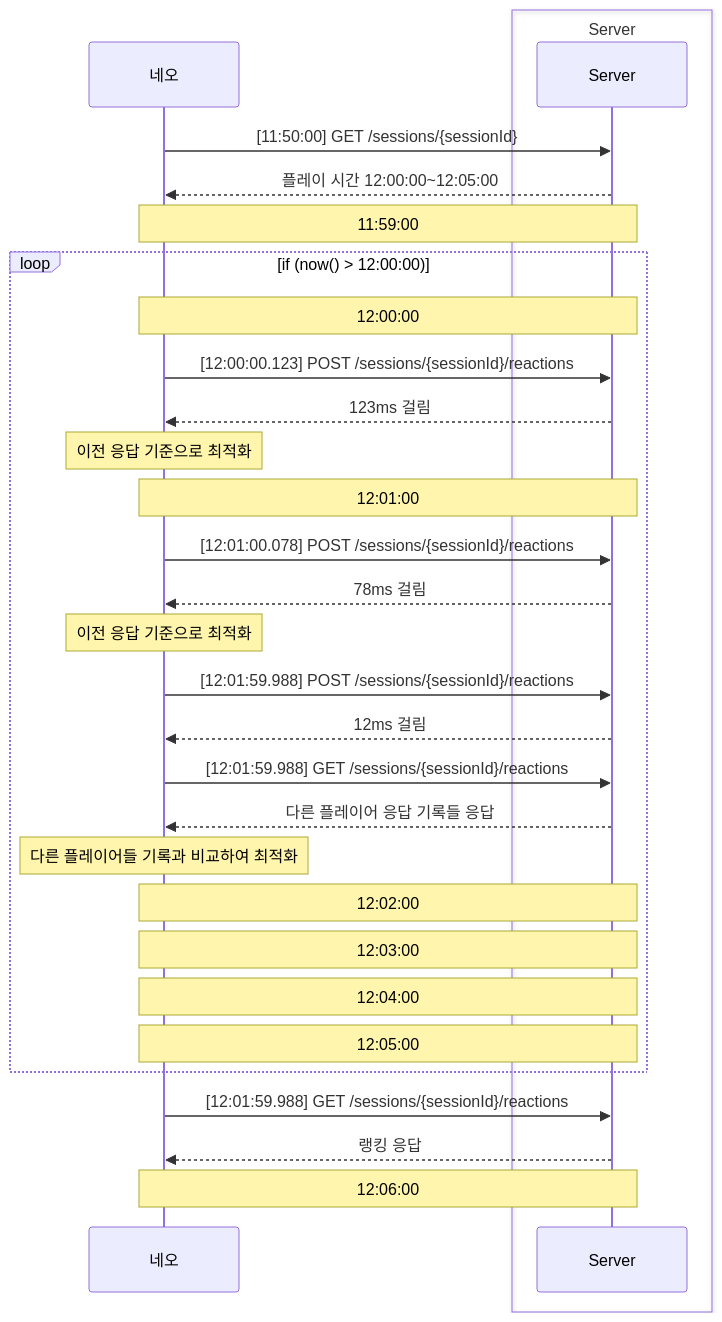
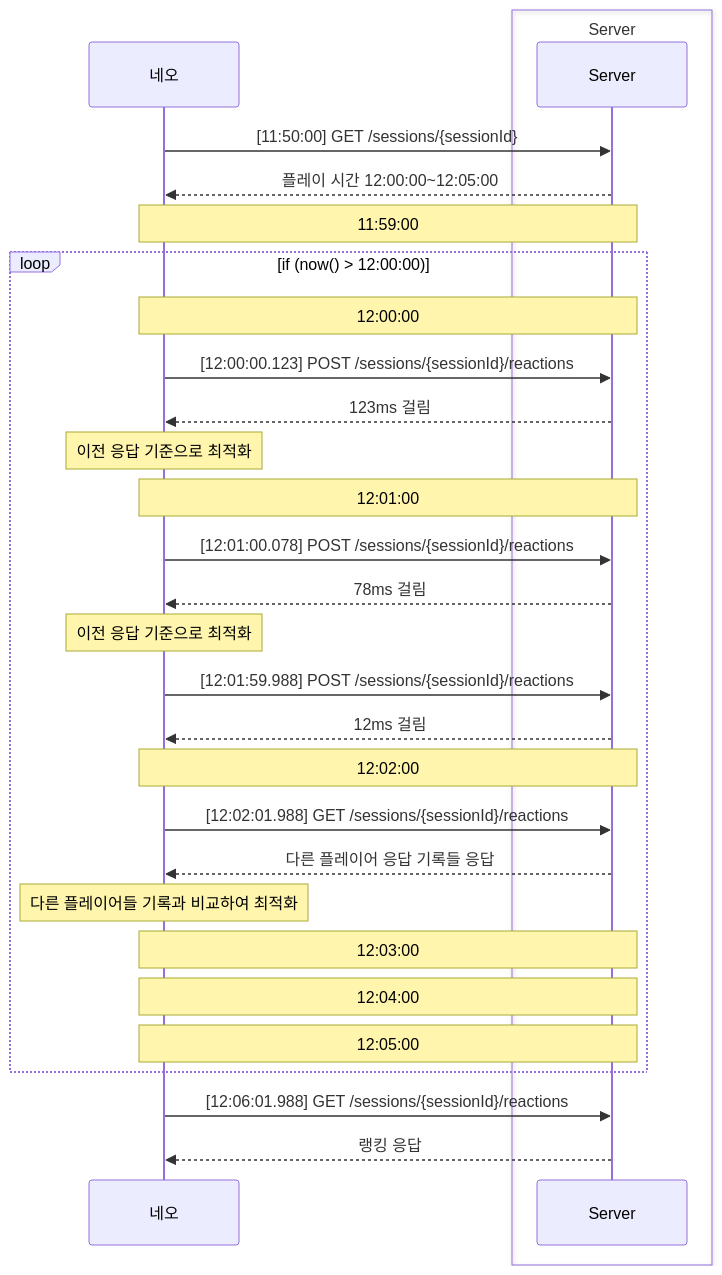
One commit to jaeyeonling/reaction-game changed the second of 2 diagrams in README.md. Above: the diagram before and after it, drawn with Mermaid.

Commit message:
fix document

````diff
--- a/README.md
+++ b/README.md
@@ -101,50 +101,48 @@
 ```mermaid
 sequenceDiagram
     participant 네오
     box Server
     participant Server
     end
 
     네오->>Server: [11:50:00] GET /sessions/{sessionId}
     Server-->>네오: 플레이 시간 12:00:00~12:05:00
 
     note over 네오,Server: 11:59:00
 
     loop if (now() > 12:00:00)
 
         note over 네오,Server: 12:00:00
         
         네오->>Server: [12:00:00.123] POST /sessions/{sessionId}/reactions
         Server-->>네오: 123ms 걸림
 
         note over 네오: 이전 응답 기준으로 최적화
 
         note over 네오,Server: 12:01:00
 
         네오->>Server: [12:01:00.078] POST /sessions/{sessionId}/reactions
         Server-->>네오: 78ms 걸림
 
         note over 네오: 이전 응답 기준으로 최적화
 
         네오->>Server: [12:01:59.988] POST /sessions/{sessionId}/reactions
         Server-->>네오: 12ms 걸림
 
-        네오->>Server: [12:01:59.988] GET /sessions/{sessionId}/reactions
+        note over 네오,Server: 12:02:00
+
+        네오->>Server: [12:02:01.988] GET /sessions/{sessionId}/reactions
         Server-->>네오: 다른 플레이어 응답 기록들 응답
 
         note over 네오: 다른 플레이어들 기록과 비교하여 최적화
-
-        note over 네오,Server: 12:02:00
 
         note over 네오,Server: 12:03:00
 
         note over 네오,Server: 12:04:00
 
         note over 네오,Server: 12:05:00
     end
     
-    네오->>Server: [12:01:59.988] GET /sessions/{sessionId}/reactions
-     Server-->>네오: 랭킹 응답
-
-    note over 네오,Server: 12:06:00
+    네오->>Server: [12:06:01.988] GET /sessions/{sessionId}/reactions
+    Server-->>네오: 랭킹 응답
 ```
````
